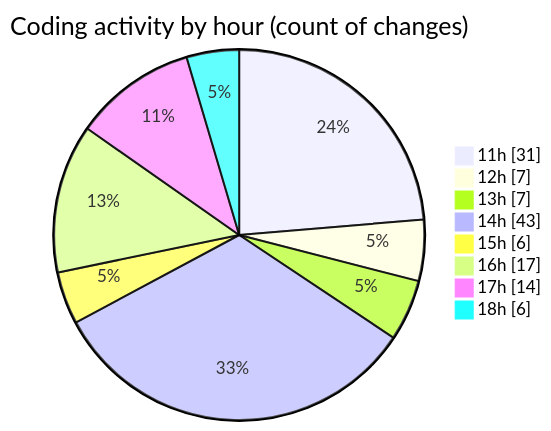
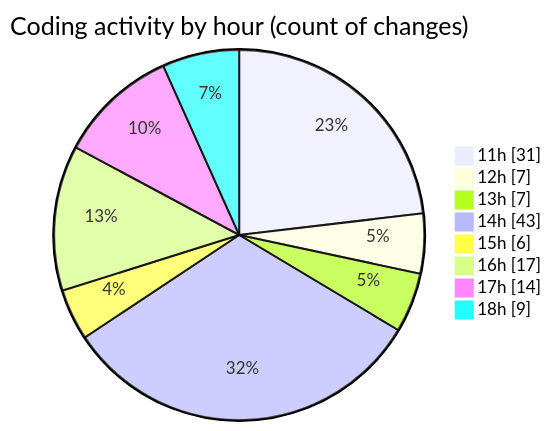
Before and after one commit to nxtqubesakshisongat/code-tracking: the second of 2 diagrams in 2025-07-23/nxtqube_webapp/README.md, drawn with Mermaid. The commit also changed other lines of this file and 1 other file, not shown here.

````diff
--- a/2025-07-23/nxtqube_webapp/README.md
+++ b/2025-07-23/nxtqube_webapp/README.md
@@ -70,12 +70,12 @@
 ```mermaid
 pie showData
 title Coding activity by hour (count of changes)
 "11h" : 31
 "12h" : 7
 "13h" : 7
 "14h" : 43
 "15h" : 6
 "16h" : 17
 "17h" : 14
-"18h" : 6
+"18h" : 9
 ```
````
